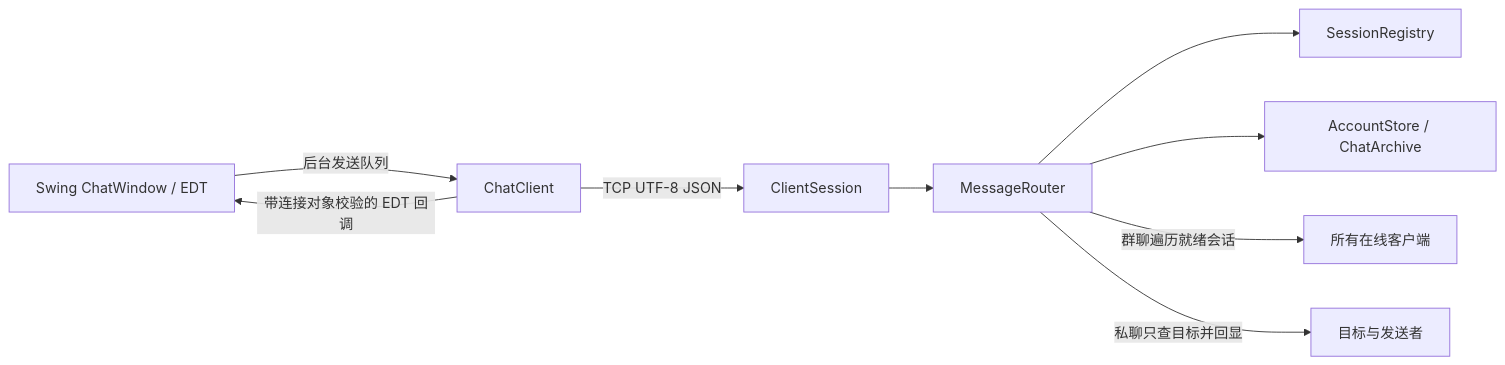
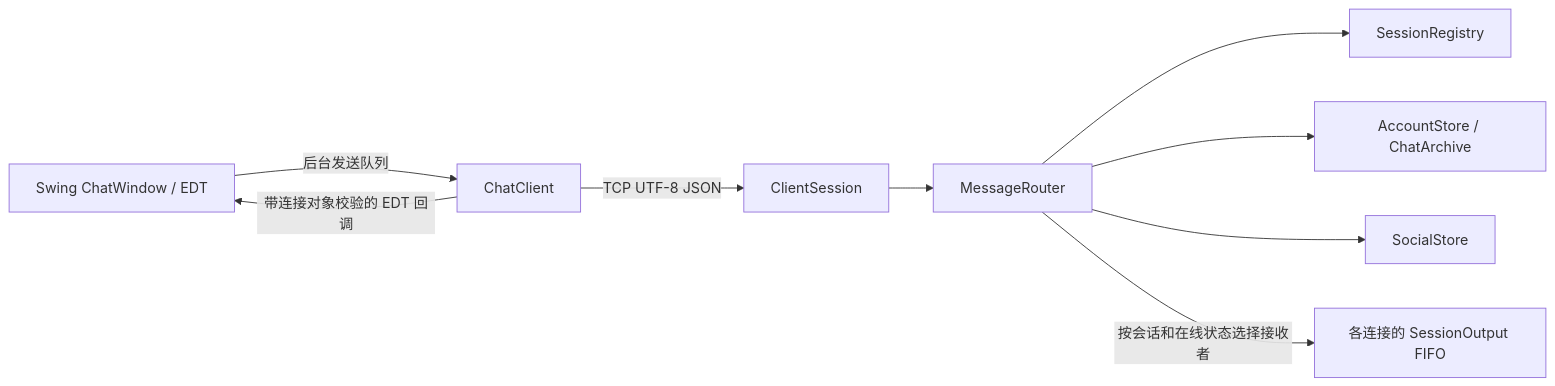
The diagram in docs/design.md (ouwayi/LTalk), drawn with Mermaid before and after one commit. The commit also changed other lines of this file and 10 other files, not shown here.

````diff
--- a/docs/design.md
+++ b/docs/design.md
@@ -5,11 +5,11 @@
 ```mermaid
 flowchart LR
     A[Swing ChatWindow / EDT] -->|后台发送队列| B[ChatClient]
     B -->|TCP UTF-8 JSON| C[ClientSession]
     C --> D[MessageRouter]
     D --> E[SessionRegistry]
     D --> H[AccountStore / ChatArchive]
-    D -->|群聊遍历就绪会话| F[所有在线客户端]
-    D -->|私聊只查目标并回显| G[目标与发送者]
+    D --> I[SocialStore]
+    D -->|按会话和在线状态选择接收者| J[各连接的 SessionOutput FIFO]
     B -->|带连接对象校验的 EDT 回调| A
 ```
````
